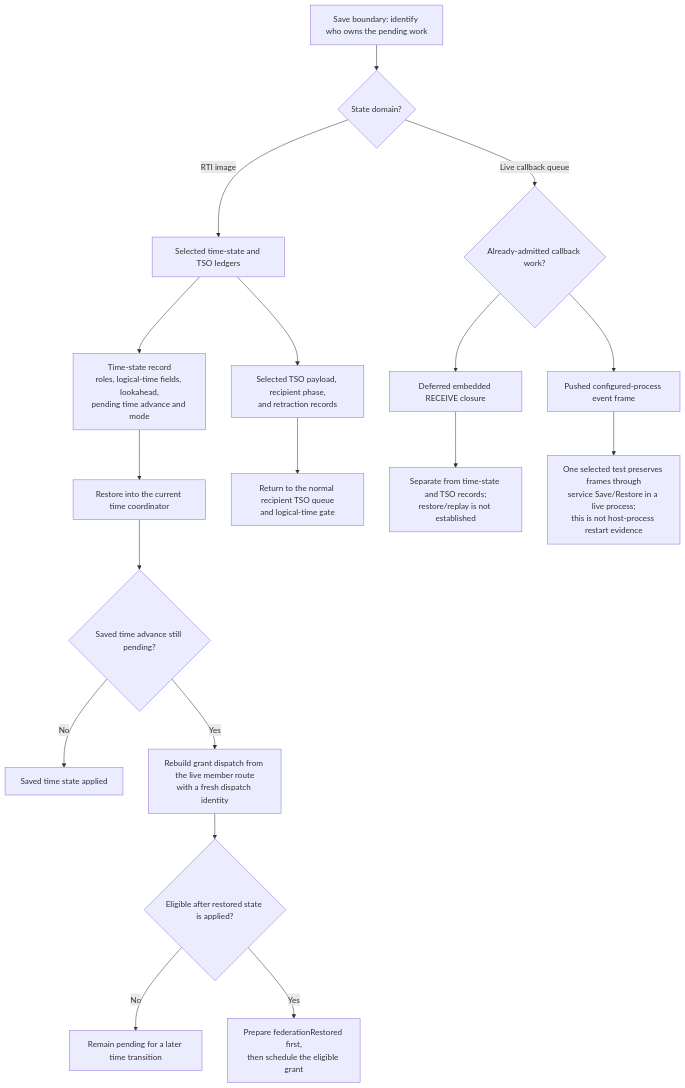
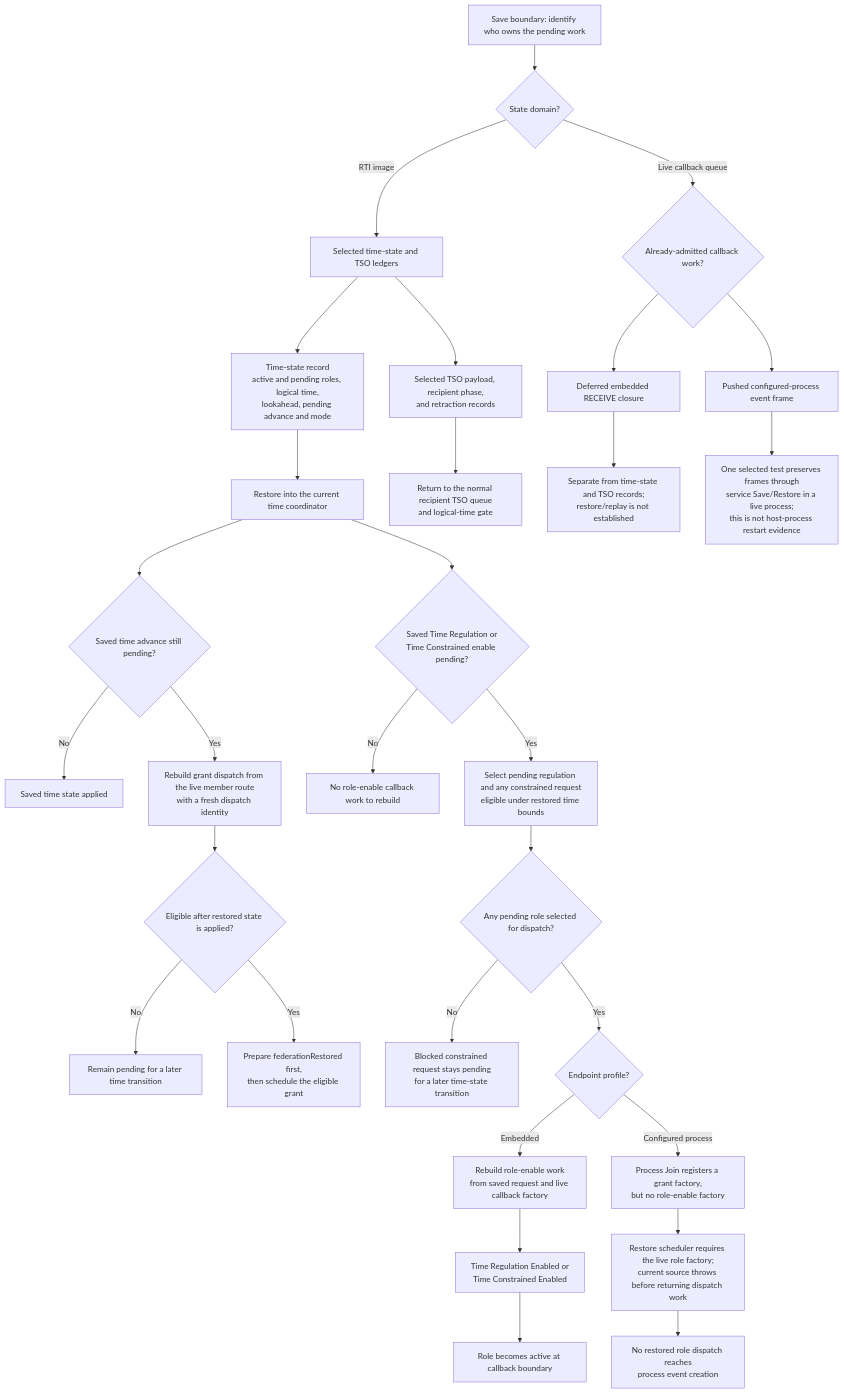
Before and after one commit to sheepfling/umbra: diagram 27 of 30 in docs/design/HLA-2025-TIME-MANAGEMENT-GUIDE.md, drawn with Mermaid. The commit also changed other lines of this file and 39 other files, not shown here.

Commit message:
Document IEEE 1516.1-2025 behavior flows

````diff
--- a/docs/design/HLA-2025-TIME-MANAGEMENT-GUIDE.md
+++ b/docs/design/HLA-2025-TIME-MANAGEMENT-GUIDE.md
@@ -990,20 +2022,32 @@
 ```mermaid
 flowchart TD
   B["Save boundary: identify who owns the pending work"] --> DOMAIN{"State domain?"}
   DOMAIN -->|RTI image| IMAGE["Selected time-state and TSO ledgers"]
-  IMAGE --> TIME["Time-state record<br/>roles, logical-time fields, lookahead,<br/>pending time advance and mode"]
+  IMAGE --> TIME["Time-state record<br/>active and pending roles, logical time,<br/>lookahead, pending advance and mode"]
   TIME --> APPLY["Restore into the current time coordinator"]
   APPLY --> PENDING{"Saved time advance still pending?"}
   PENDING -->|No| READY["Saved time state applied"]
   PENDING -->|Yes| REBUILD["Rebuild grant dispatch from the live member route<br/>with a fresh dispatch identity"]
   REBUILD --> ELIGIBLE{"Eligible after restored state is applied?"}
   ELIGIBLE -->|No| WAIT["Remain pending for a later time transition"]
   ELIGIBLE -->|Yes| ORDER["Prepare federationRestored first,<br/>then schedule the eligible grant"]
+  APPLY --> ROLE{"Saved Time Regulation or<br/>Time Constrained enable pending?"}
+  ROLE -->|No| NO_ROLE["No role-enable callback work to rebuild"]
+  ROLE -->|Yes| SELECT["Select pending regulation and any constrained request<br/>eligible under restored time bounds"]
+  SELECT --> ROLE_DISPATCH_ELIGIBLE{"Any pending role selected for dispatch?"}
+  ROLE_DISPATCH_ELIGIBLE -->|No| ROLE_WAIT["Blocked constrained request stays pending<br/>for a later time-state transition"]
+  ROLE_DISPATCH_ELIGIBLE -->|Yes| PROFILE{"Endpoint profile?"}
+  PROFILE -->|Embedded| ROLE_WORK["Rebuild role-enable work<br/>from saved request and live callback factory"]
+  ROLE_WORK --> ROLE_CB["Time Regulation Enabled or<br/>Time Constrained Enabled"]
+  ROLE_CB --> ROLE_ACTIVE["Role becomes active at callback boundary"]
+  PROFILE -->|Configured process| PROC_JOIN["Process Join registers a grant factory,<br/>but no role-enable factory"]
+  PROC_JOIN --> PROC_FAIL["Restore scheduler requires the live role factory;<br/>current source throws before returning dispatch work"]
+  PROC_FAIL --> PROC_NO_EVENT["No restored role dispatch reaches<br/>process event creation"]
   IMAGE --> TSO["Selected TSO payload, recipient phase,<br/>and retraction records"]
   TSO --> GATE["Return to the normal recipient TSO queue<br/>and logical-time gate"]
   DOMAIN -->|Live callback queue| QUEUE{"Already-admitted callback work?"}
   QUEUE --> RO["Deferred embedded RECEIVE closure"]
   RO --> RO_LIMIT["Separate from time-state and TSO records;<br/>restore/replay is not established"]
   QUEUE --> PUSH["Pushed configured-process event frame"]
   PUSH --> PUSH_LIMIT["One selected test preserves frames through<br/>service Save/Restore in a live process;<br/>this is not host-process restart evidence"]
 ```
````
